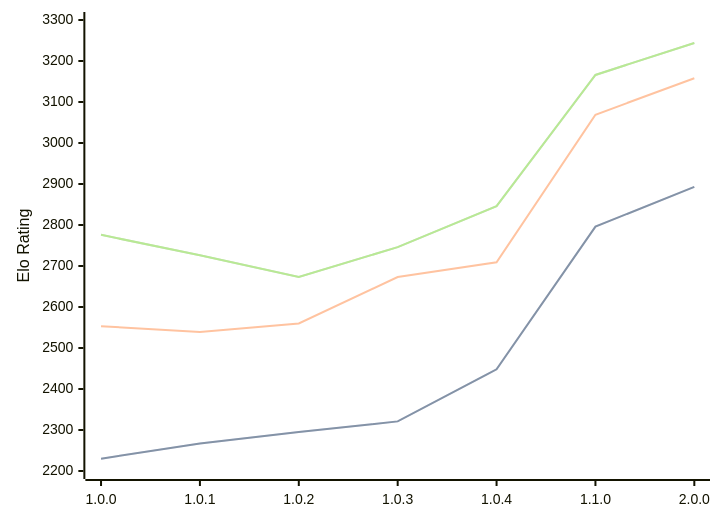
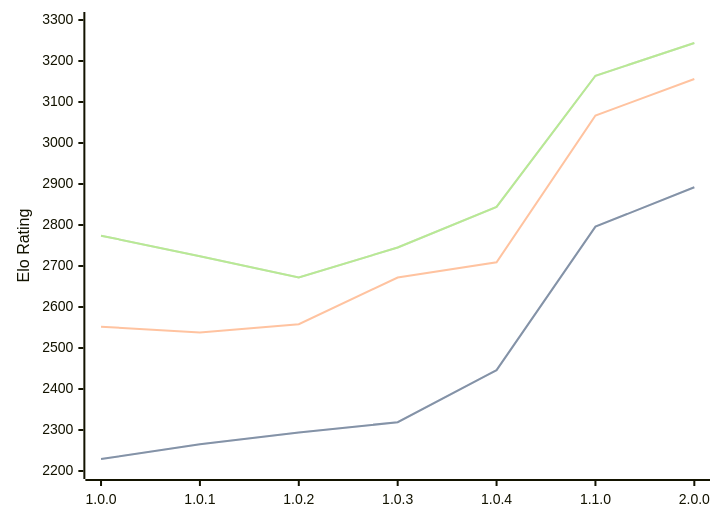
Before and after one commit to computer-chess-index/cci: the diagram in engines/Grail.md, drawn with Mermaid. The commit also changed other lines of this file, not shown here.

Commit message:
Update CCI Ratings (ELO VLTC) - 2026-06-07

````diff
--- a/engines/Grail.md
+++ b/engines/Grail.md
@@ -37,11 +37,11 @@
 ```mermaid
 %%{init: {"theme":"base","themeVariables":{"seriesColors:['#a3a3a3','#222221','#faa371']}}}%%
 xychart-beta
   x-axis ["1.0.0", "1.0.1", "1.0.2", "1.0.3", "1.0.4", "1.1.0", "2.0.0"]
   y-axis "Elo Rating" 2200 --> 3300
-  line "STC (8.0+0.08s)" [2230, 2267, 2295, 2321, 2448, 2796, 2893]
-  line "STC (8.0+0.08s)" [2230, 2267, 2295, 2321, 2448, 2796, 2893]
-  line "LTC (60.0+0.60s)" [2553, 2539, 2560, 2673, 2709, 3069, 3158]
-  line "VLTC (2m24s+1.12s)" [2776, 2726, 2673, 2746, 2846, 3166, 3244]
-  line "VLTC (2m24s+1.12s)" [2776, 2726, 2673, 2746, 2846, 3166, 3244]
+  line "STC (8.0+0.08s)" [2229, 2265, 2294, 2319, 2446, 2796, 2892]
+  line "STC (8.0+0.08s)" [2229, 2265, 2294, 2319, 2446, 2796, 2892]
+  line "LTC (60.0+0.60s)" [2552, 2538, 2558, 2672, 2709, 3067, 3156]
+  line "VLTC (2m24s+1.12s)" [2774, 2724, 2672, 2745, 2844, 3164, 3244]
+  line "VLTC (2m24s+1.12s)" [2774, 2724, 2672, 2745, 2844, 3164, 3244]
 ```
````
